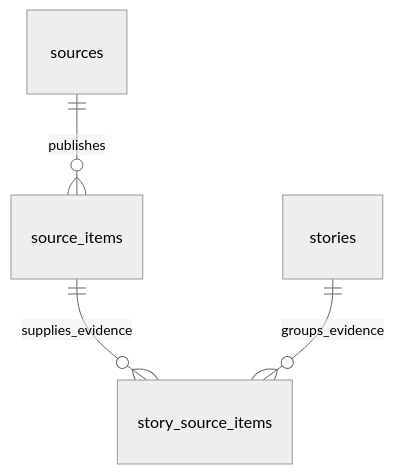
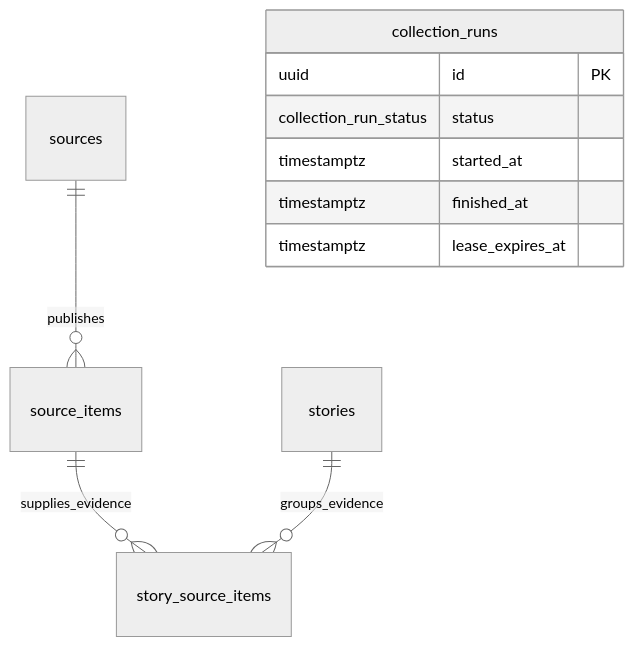
One commit to tayken05/cloud-engineering-agent changed the diagram in docs/DATABASE.md. Above: the diagram before and after it, drawn with Mermaid (neutral theme). The commit also changed other lines of this file and 30 other files, not shown here.

````diff
--- a/docs/DATABASE.md
+++ b/docs/DATABASE.md
@@ -18,6 +18,13 @@
 ```mermaid
 erDiagram
     sources ||--o{ source_items : publishes
     source_items ||--o{ story_source_items : supplies_evidence
     stories ||--o{ story_source_items : groups_evidence
+    collection_runs {
+      uuid id PK
+      collection_run_status status
+      timestamptz started_at
+      timestamptz finished_at
+      timestamptz lease_expires_at
+    }
 ```
````
